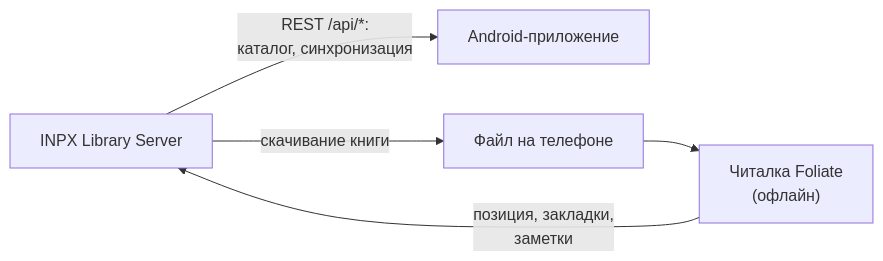
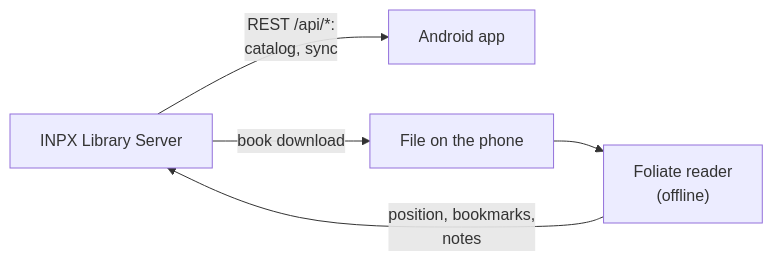
Before and after one commit to Habsaec/inpx-book-reader: the diagram in README.md, drawn with Mermaid. The commit also changed other lines of this file and 1 other file, not shown here.

````diff
--- a/README.md
+++ b/README.md
@@ -78,7 +85,7 @@
 ```mermaid
 flowchart LR
-  S["INPX Library Server"] -- "REST /api/*:<br>каталог, синхронизация" --> A["Android-приложение"]
-  S -- "скачивание книги" --> F["Файл на телефоне"]
-  F --> R["Читалка Foliate<br>(офлайн)"]
-  R -- "позиция, закладки,<br>заметки" --> S
+  S["INPX Library Server"] -- "REST /api/*:<br>catalog, sync" --> A["Android app"]
+  S -- "book download" --> F["File on the phone"]
+  F --> R["Foliate reader<br>(offline)"]
+  R -- "position, bookmarks,<br>notes" --> S
 ```
````
